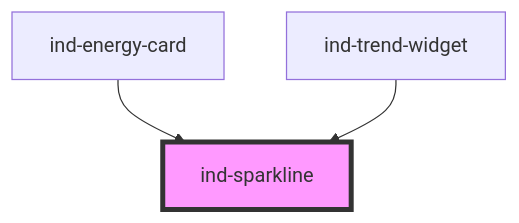
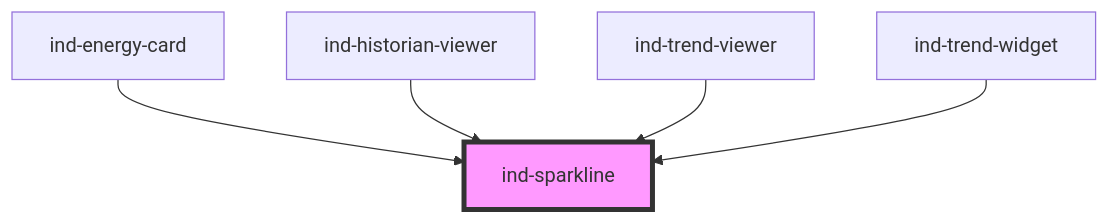
The diagram in packages/core/src/components/atoms/sparkline/readme.md (christophe77/in-ds), drawn with Mermaid before and after one commit. The commit also changed other lines of this file and 106 other files, not shown here.

````diff
--- a/packages/core/src/components/atoms/sparkline/readme.md
+++ b/packages/core/src/components/atoms/sparkline/readme.md
@@ -39,6 +41,8 @@
 ```mermaid
 graph TD;
   ind-energy-card --> ind-sparkline
+  ind-historian-viewer --> ind-sparkline
+  ind-trend-viewer --> ind-sparkline
   ind-trend-widget --> ind-sparkline
   style ind-sparkline fill:#f9f,stroke:#333,stroke-width:4px
 ```
````
